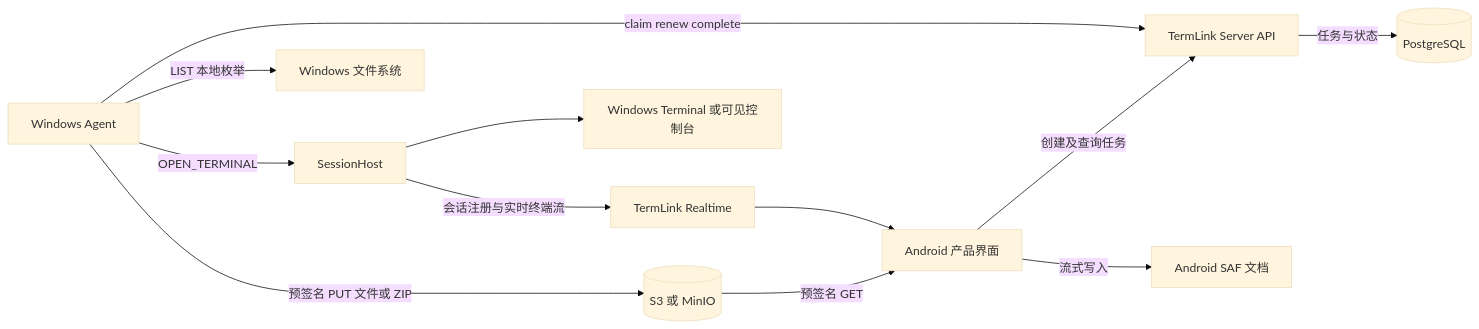
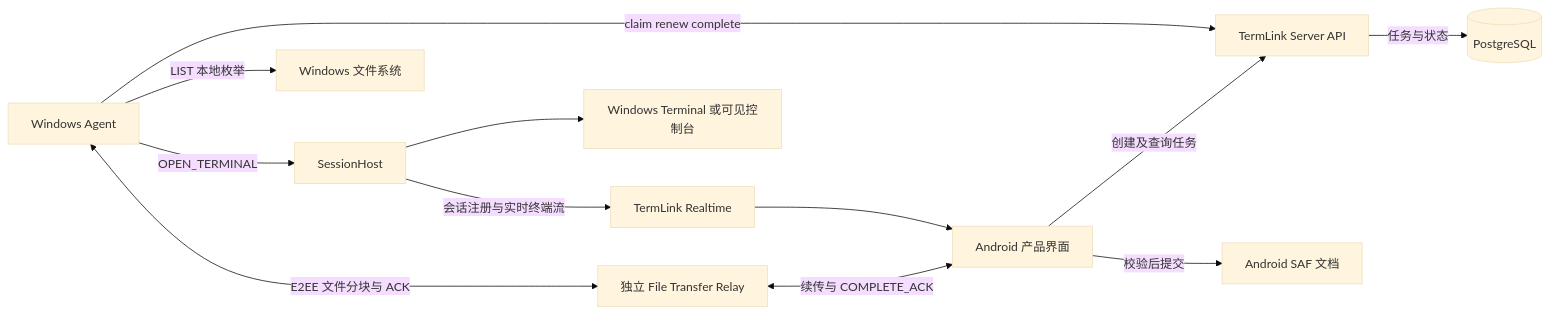
One commit to myucxy/TermLink changed the first of 7 diagrams in docs/REMOTE_FILE_OPERATIONS_E2E.md. Above: the diagram before and after it, drawn with Mermaid (base theme). The commit also changed other lines of this file and 161 other files, not shown here.

````diff
--- a/docs/REMOTE_FILE_OPERATIONS_E2E.md
+++ b/docs/REMOTE_FILE_OPERATIONS_E2E.md
@@ -24,14 +27,14 @@
 ```mermaid
 flowchart LR
     A[Android 产品界面] -->|创建及查询任务| S[TermLink Server API]
     S -->|任务与状态| P[(PostgreSQL)]
     W[Windows Agent] -->|claim renew complete| S
     W -->|LIST 本地枚举| FS[Windows 文件系统]
     W -->|OPEN_TERMINAL| H[SessionHost]
     H --> T[Windows Terminal 或可见控制台]
-    W -->|预签名 PUT 文件或 ZIP| O[(S3 或 MinIO)]
-    O -->|预签名 GET| A
-    A -->|流式写入| D[Android SAF 文档]
+    W <-->|E2EE 文件分块与 ACK| F[独立 File Transfer Relay]
+    F <-->|续传与 COMPLETE_ACK| A
+    A -->|校验后提交| D[Android SAF 文档]
     H -->|会话注册与实时终端流| R[TermLink Realtime]
     R --> A
 ```
````
